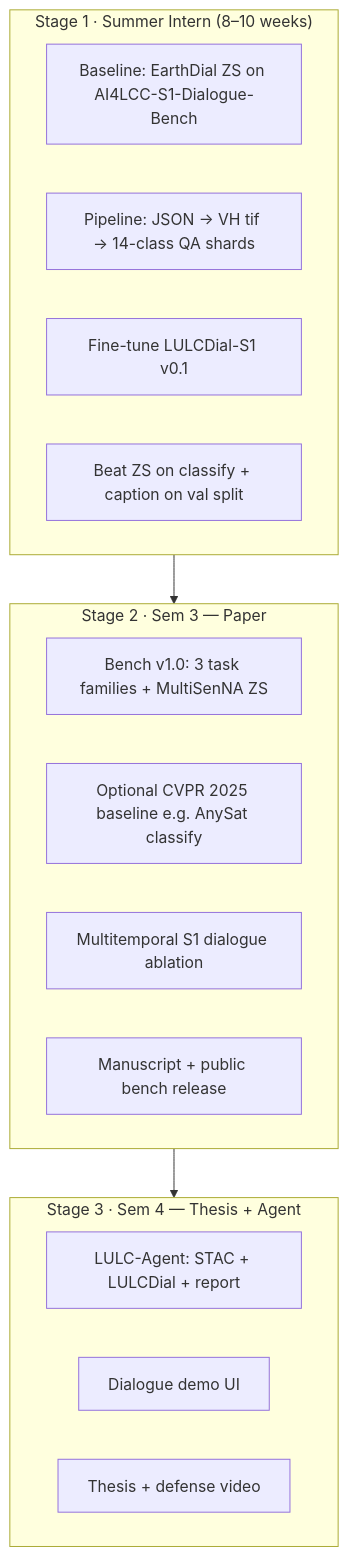
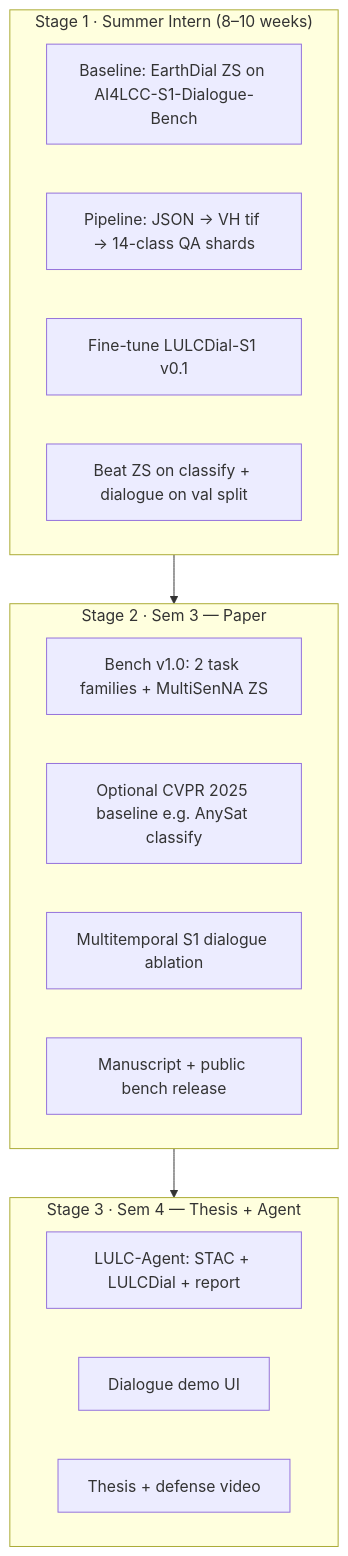
One commit to Riha-K/MTP changed the first of 2 diagrams in AI4LCC_S1_VLM_MTech_3Stage_Roadmap.md. Above: the diagram before and after it, drawn with Mermaid. The commit also changed other lines of this file and 8 other files, not shown here.

Commit message:
update docs for earth2 folder, remove caption task, fix stage4 paths

````diff
--- a/AI4LCC_S1_VLM_MTech_3Stage_Roadmap.md
+++ b/AI4LCC_S1_VLM_MTech_3Stage_Roadmap.md
@@ -90,24 +90,24 @@
 ```mermaid
 flowchart TB
     subgraph S1["Stage 1 · Summer Intern (8–10 weeks)"]
         A1[Baseline: EarthDial ZS on AI4LCC-S1-Dialogue-Bench]
         A2[Pipeline: JSON → VH tif → 14-class QA shards]
         A3[Fine-tune LULCDial-S1 v0.1]
-        A4[Beat ZS on classify + caption on val split]
+        A4[Beat ZS on classify + dialogue on val split]
     end
 
     subgraph S2["Stage 2 · Sem 3 — Paper"]
-        B1[Bench v1.0: 3 task families + MultiSenNA ZS]
+        B1[Bench v1.0: 2 task families + MultiSenNA ZS]
         B2[Optional CVPR 2025 baseline e.g. AnySat classify]
         B3[Multitemporal S1 dialogue ablation]
         B4[Manuscript + public bench release]
     end
 
     subgraph S3["Stage 3 · Sem 4 — Thesis + Agent"]
         C1[LULC-Agent: STAC + LULCDial + report]
         C2[Dialogue demo UI]
         C3[Thesis + defense video]
     end
 
     S1 --> S2 --> S3
 ```
````
